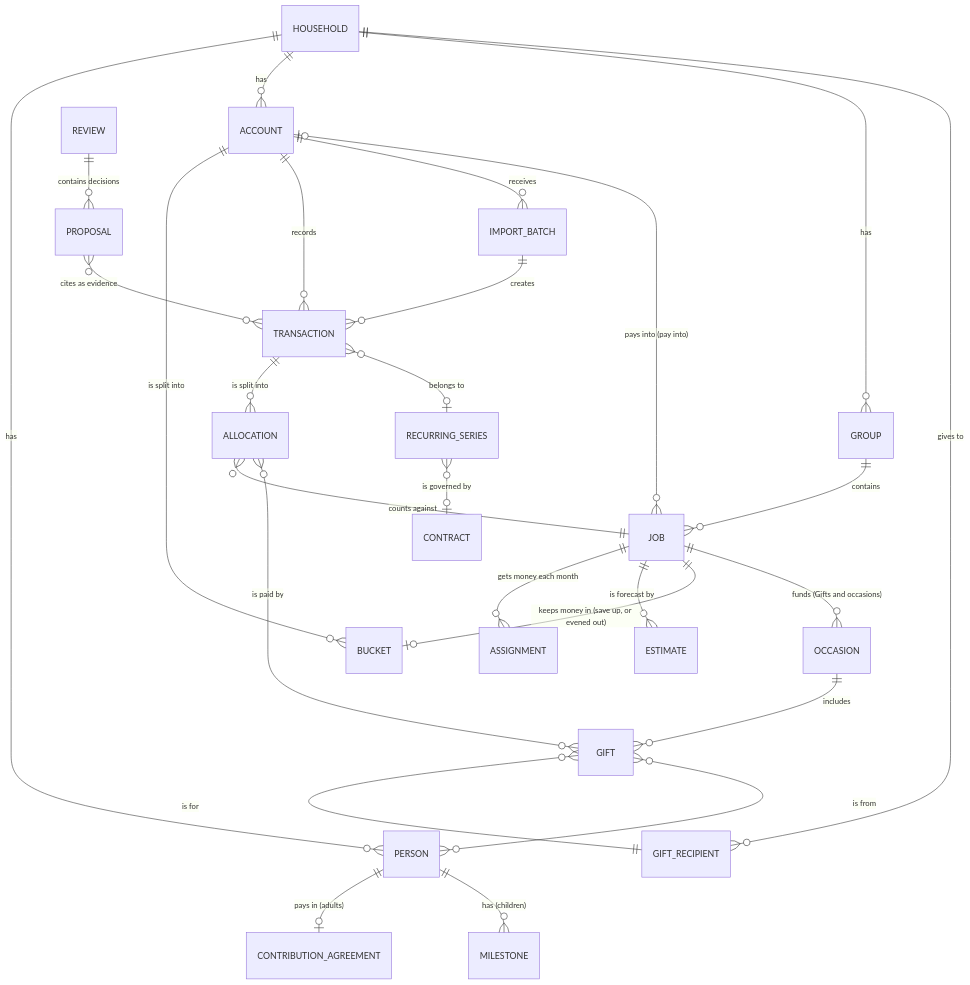
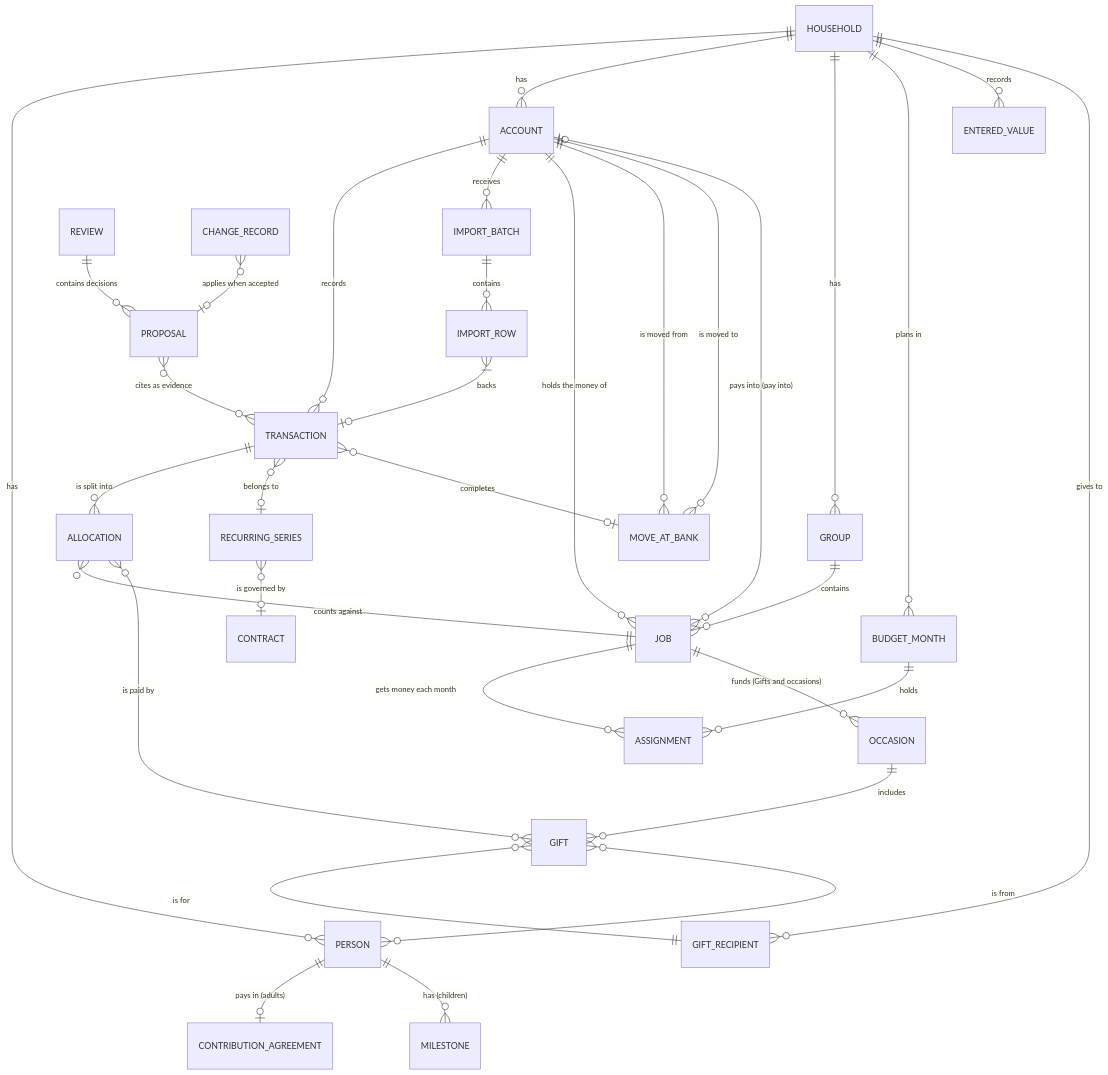
The diagram in docs/v1-scope-and-domain-model.md (chiangs/holt-budget), drawn with Mermaid before and after one commit. The commit also changed other lines of this file and 15 other files, not shown here.

````diff
--- a/docs/v1-scope-and-domain-model.md
+++ b/docs/v1-scope-and-domain-model.md
@@ -89,29 +106,35 @@
 ```mermaid
 erDiagram
   HOUSEHOLD ||--o{ PERSON : has
   HOUSEHOLD ||--o{ ACCOUNT : has
   HOUSEHOLD ||--o{ GROUP : has
+  HOUSEHOLD ||--o{ BUDGET_MONTH : "plans in"
+  HOUSEHOLD ||--o{ ENTERED_VALUE : records
   HOUSEHOLD ||--o{ GIFT_RECIPIENT : "gives to"
   PERSON ||--o| CONTRIBUTION_AGREEMENT : "pays in (adults)"
   PERSON ||--o{ MILESTONE : "has (children)"
-  ACCOUNT ||--o{ BUCKET : "is split into"
   ACCOUNT ||--o{ TRANSACTION : records
-  ACCOUNT ||--o{ IMPORT_BATCH : "receives"
-  IMPORT_BATCH ||--o{ TRANSACTION : creates
+  ACCOUNT ||--o{ IMPORT_BATCH : receives
+  IMPORT_BATCH ||--o{ IMPORT_ROW : contains
+  IMPORT_ROW }|--o| TRANSACTION : backs
   GROUP ||--o{ JOB : contains
+  ACCOUNT ||--o{ JOB : "holds the money of"
+  JOB }o--o| ACCOUNT : "pays into (pay into)"
   JOB ||--o{ ASSIGNMENT : "gets money each month"
-  JOB ||--o{ ESTIMATE : "is forecast by"
-  JOB ||--o| BUCKET : "keeps money in (save up, or evened out)"
-  JOB }o--o| ACCOUNT : "pays into (pay into)"
+  BUDGET_MONTH ||--o{ ASSIGNMENT : holds
   JOB ||--o{ OCCASION : "funds (Gifts and occasions)"
   OCCASION ||--o{ GIFT : includes
   GIFT }o--|| GIFT_RECIPIENT : "is for"
   GIFT }o--o{ PERSON : "is from"
   GIFT }o--o{ ALLOCATION : "is paid by"
   TRANSACTION ||--o{ ALLOCATION : "is split into"
   ALLOCATION }o--|| JOB : "counts against"
   TRANSACTION }o--o| RECURRING_SERIES : "belongs to"
+  ACCOUNT ||--o{ MOVE_AT_BANK : "is moved from"
+  ACCOUNT ||--o{ MOVE_AT_BANK : "is moved to"
+  TRANSACTION }o--o| MOVE_AT_BANK : completes
   RECURRING_SERIES }o--o| CONTRACT : "is governed by"
   REVIEW ||--o{ PROPOSAL : "contains decisions"
   PROPOSAL }o--o{ TRANSACTION : "cites as evidence"
+  CHANGE_RECORD }o--o| PROPOSAL : "applies when accepted"
 ```
````
